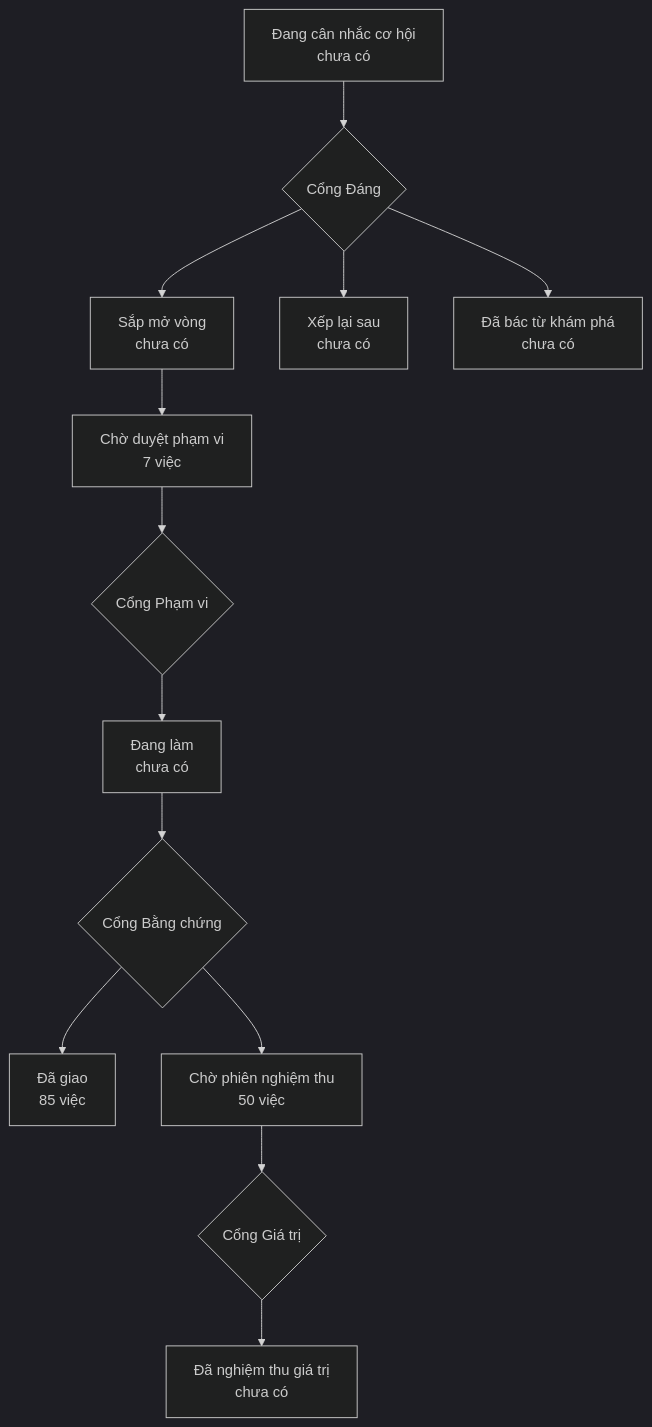
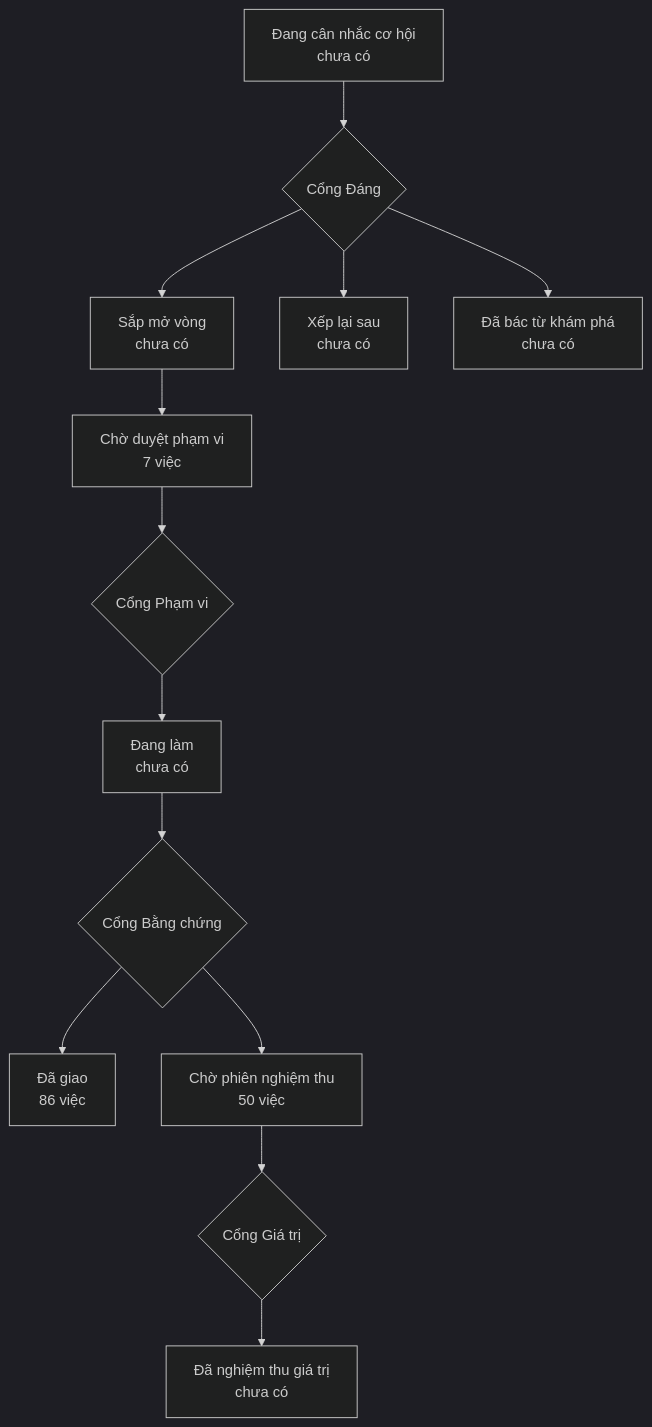
Before and after one commit to phanlemanh/onehub-invest: the diagram in PRODUCT-MAP.md, drawn with Mermaid (dark theme). The commit also changed other lines of this file and 4 other files, not shown here.

````diff
--- a/PRODUCT-MAP.md
+++ b/PRODUCT-MAP.md
@@ -7,12 +7,12 @@
 ```mermaid
 flowchart TD
   A["Đang cân nhắc cơ hội<br/>chưa có"] --> GD{"Cổng Đáng"}
   GD --> B["Sắp mở vòng<br/>chưa có"]
   GD --> XL["Xếp lại sau<br/>chưa có"]
   GD --> DB["Đã bác từ khám phá<br/>chưa có"]
   B --> CD["Chờ duyệt phạm vi<br/>7 việc"] --> GP{"Cổng Phạm vi"}
   GP --> DL["Đang làm<br/>chưa có"] --> GB{"Cổng Bằng chứng"}
-  GB --> DG["Đã giao<br/>85 việc"]
+  GB --> DG["Đã giao<br/>86 việc"]
   GB --> CN["Chờ phiên nghiệm thu<br/>50 việc"] --> GG{"Cổng Giá trị"}
   GG --> NT["Đã nghiệm thu giá trị<br/>chưa có"]
 ```
````
